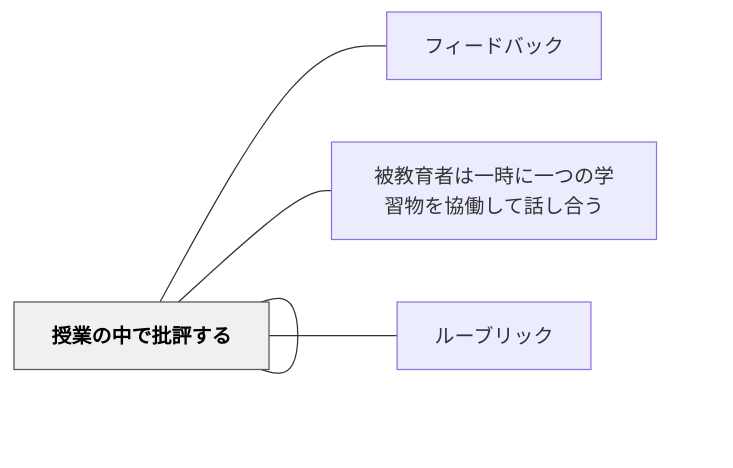
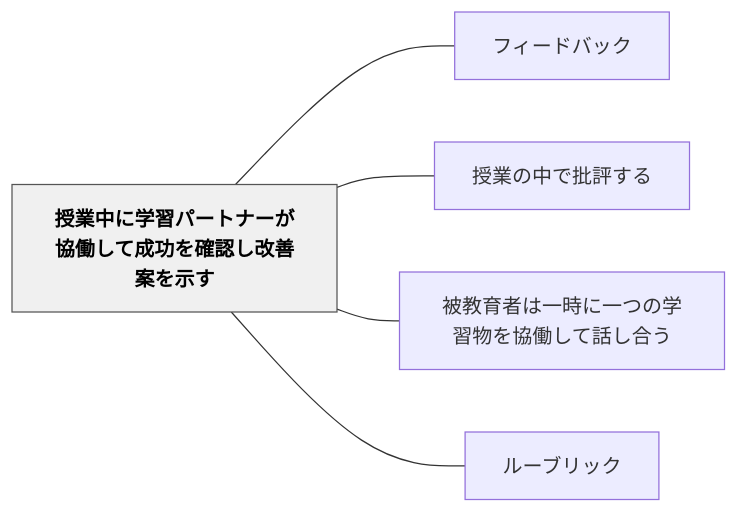
One commit to unknownthings-ed-patterns/unknownthings-ed-patterns changed the diagram in content/パタン/授業中に学習パートナーが協働して成功を確認し改善案を示す.md. Above: the diagram before and after it, drawn with Mermaid. The commit also changed 527 other files, not shown here.

````diff
--- a/content/パタン/授業中に学習パートナーが協働して成功を確認し改善案を示す.md
+++ b/content/パタン/授業中に学習パートナーが協働して成功を確認し改善案を示す.md
@@ -52,16 +52,16 @@
 ```mermaid
 flowchart LR
-    ne68e88e6a5ad["授業中に学習パートナーが協働して成功を確認し改善案を示す"]
-    ne38395e382a3["フィードバック"]
-    ne68e88e6a5ad["授業の中で批評する"]
-    ne8a2abe69599["被教育者は一時に一つの学習物を協働して話し合う"]
-    ne383abe383bc["ルーブリック"]
+    ne68e88e6a5ade4b8ade381abe5ada6e7bf92e38391e383bce38388e3838ae383bce3818ce58d94e5838de38197e381a6e68890e58a9fe38292e7a2bae8aa8de38197e694b9e59684e6a188e38292e7a4bae38199["授業中に学習パートナーが協働して成功を確認し改善案を示す"]
+    ne38395e382a3e383bce38389e38390e38383e382af["フィードバック"]
+    ne68e88e6a5ade381aee4b8ade381a7e689b9e8a995e38199e3828b["授業の中で批評する"]
+    ne8a2abe69599e882b2e88085e381afe4b880e69982e381abe4b880e381a4e381aee5ada6e7bf92e789a9e38292e58d94e5838de38197e381a6e8a9b1e38197e59088e38186["被教育者は一時に一つの学習物を協働して話し合う"]
+    ne383abe383bce38396e383aae38383e382af["ルーブリック"]
 
-    ne68e88e6a5ad --- ne38395e382a3
-    ne68e88e6a5ad --- ne68e88e6a5ad
-    ne68e88e6a5ad --- ne8a2abe69599
-    ne68e88e6a5ad --- ne383abe383bc
+    ne68e88e6a5ade4b8ade381abe5ada6e7bf92e38391e383bce38388e3838ae383bce3818ce58d94e5838de38197e381a6e68890e58a9fe38292e7a2bae8aa8de38197e694b9e59684e6a188e38292e7a4bae38199 --- ne38395e382a3e383bce38389e38390e38383e382af
+    ne68e88e6a5ade4b8ade381abe5ada6e7bf92e38391e383bce38388e3838ae383bce3818ce58d94e5838de38197e381a6e68890e58a9fe38292e7a2bae8aa8de38197e694b9e59684e6a188e38292e7a4bae38199 --- ne68e88e6a5ade381aee4b8ade381a7e689b9e8a995e38199e3828b
+    ne68e88e6a5ade4b8ade381abe5ada6e7bf92e38391e383bce38388e3838ae383bce3818ce58d94e5838de38197e381a6e68890e58a9fe38292e7a2bae8aa8de38197e694b9e59684e6a188e38292e7a4bae38199 --- ne8a2abe69599e882b2e88085e381afe4b880e69982e381abe4b880e381a4e381aee5ada6e7bf92e789a9e38292e58d94e5838de38197e381a6e8a9b1e38197e59088e38186
+    ne68e88e6a5ade4b8ade381abe5ada6e7bf92e38391e383bce38388e3838ae383bce3818ce58d94e5838de38197e381a6e68890e58a9fe38292e7a2bae8aa8de38197e694b9e59684e6a188e38292e7a4bae38199 --- ne383abe383bce38396e383aae38383e382af
 
     classDef hub fill:#f0f0f0,stroke:#555,color:#000,font-weight:bold
-    class ne68e88e6a5ad hub
+    class ne68e88e6a5ade4b8ade381abe5ada6e7bf92e38391e383bce38388e3838ae383bce3818ce58d94e5838de38197e381a6e68890e58a9fe38292e7a2bae8aa8de38197e694b9e59684e6a188e38292e7a4bae38199 hub
 ```
````
